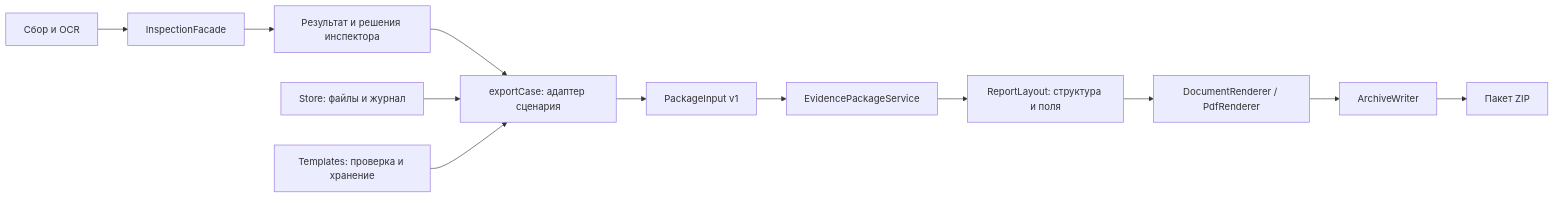
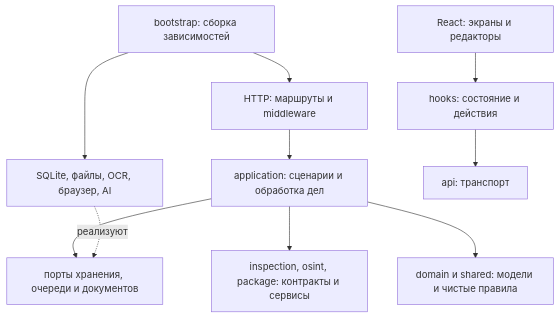
One commit to Bekzaat17/aigak changed the diagram in docs/ARCHITECTURE.md. Above: the diagram before and after it, drawn with Mermaid. The commit also changed other lines of this file and 226 other files, not shown here.

````diff
--- a/docs/ARCHITECTURE.md
+++ b/docs/ARCHITECTURE.md
@@ -86,14 +7,12 @@
 ```mermaid
-flowchart LR
-  Collector[Сбор и OCR] --> Inspection[InspectionFacade]
-  Inspection --> Case[Результат и решения инспектора]
-  Case --> Adapter[exportCase: адаптер сценария]
-  Storage[Store: файлы и журнал] --> Adapter
-  Templates[Templates: проверка и хранение] --> Adapter
-  Adapter --> Input[PackageInput v1]
-  Input --> Service[EvidencePackageService]
-  Service --> Layout[ReportLayout: структура и поля]
-  Layout --> Formats[DocumentRenderer / PdfRenderer]
-  Formats --> Archive[ArchiveWriter]
-  Archive --> ZIP[Пакет ZIP]
+flowchart TD
+  Bootstrap[bootstrap: сборка зависимостей] --> HTTP[HTTP: маршруты и middleware]
+  Bootstrap --> Adapters[SQLite, файлы, OCR, браузер, AI]
+  HTTP --> Application[application: сценарии и обработка дел]
+  Application --> Ports[порты хранения, очереди и документов]
+  Adapters -. реализуют .-> Ports
+  Application --> Analysis[inspection, osint, package: контракты и сервисы]
+  Application --> Domain[domain и shared: модели и чистые правила]
+  UI[React: экраны и редакторы] --> Hooks[hooks: состояние и действия]
+  Hooks --> Client[api: транспорт]
 ```
````
